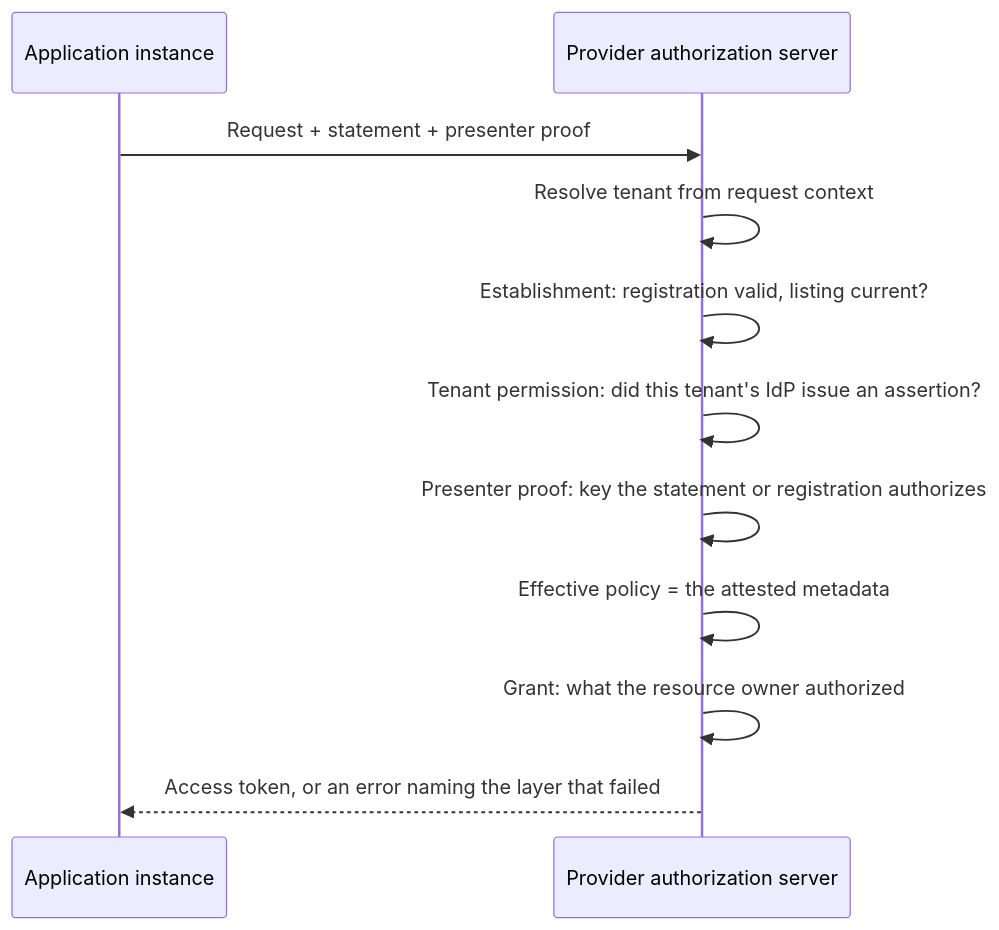
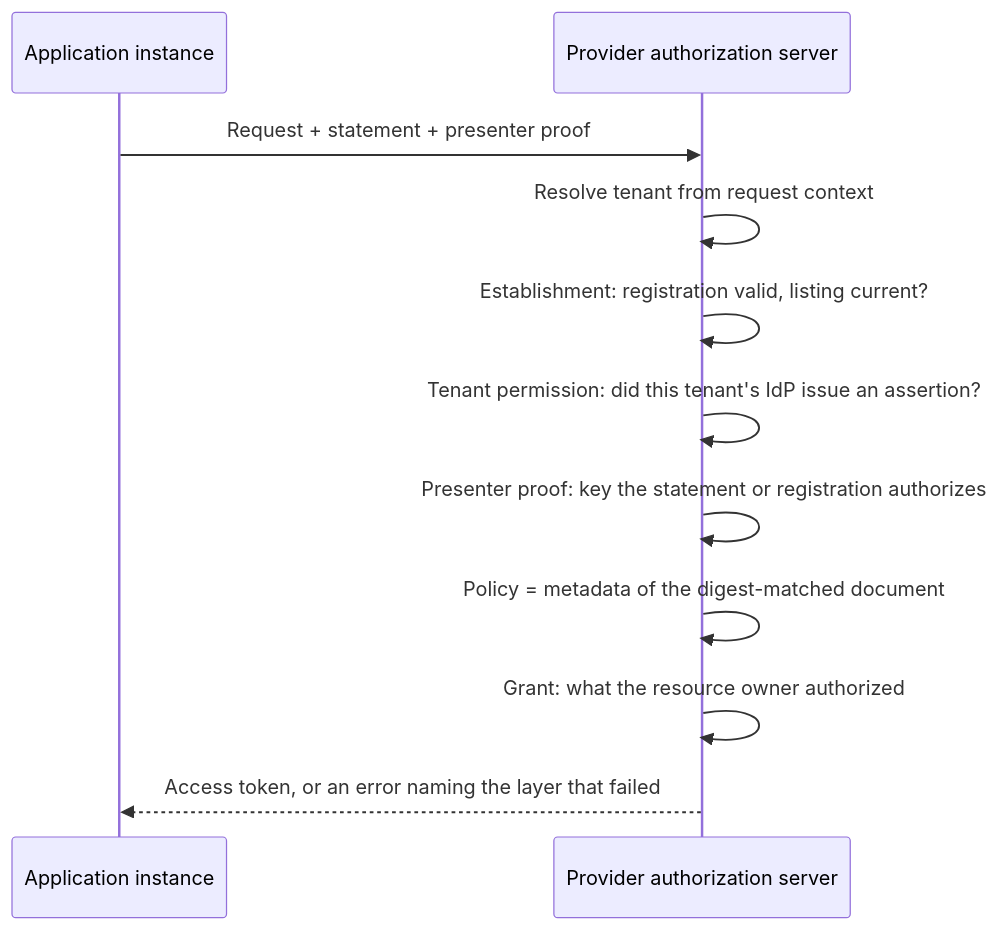
One commit to mcguinness/draft-mcguinness-oauth-software-statement-issuance changed the diagram in deployment-model.md. Above: the diagram before and after it, drawn with Mermaid. The commit also changed 3 other files, not shown here.

First line of the commit message:
Bind renewal to the reviewed document; handle CIMD's nested statement; define effective expiry

````diff
--- a/deployment-model.md
+++ b/deployment-model.md
@@ -85,13 +85,13 @@
 ```mermaid
 sequenceDiagram
     participant App as Application instance
     participant AS as Provider authorization server
     App->>AS: Request + statement + presenter proof
     AS->>AS: Resolve tenant from request context
     AS->>AS: Establishment: registration valid, listing current?
     AS->>AS: Tenant permission: did this tenant's IdP issue an assertion?
     AS->>AS: Presenter proof: key the statement or registration authorizes
-    AS->>AS: Effective policy = the attested metadata
+    AS->>AS: Policy = metadata of the digest-matched document
     AS->>AS: Grant: what the resource owner authorized
     AS-->>App: Access token, or an error naming the layer that failed
 ```
````
